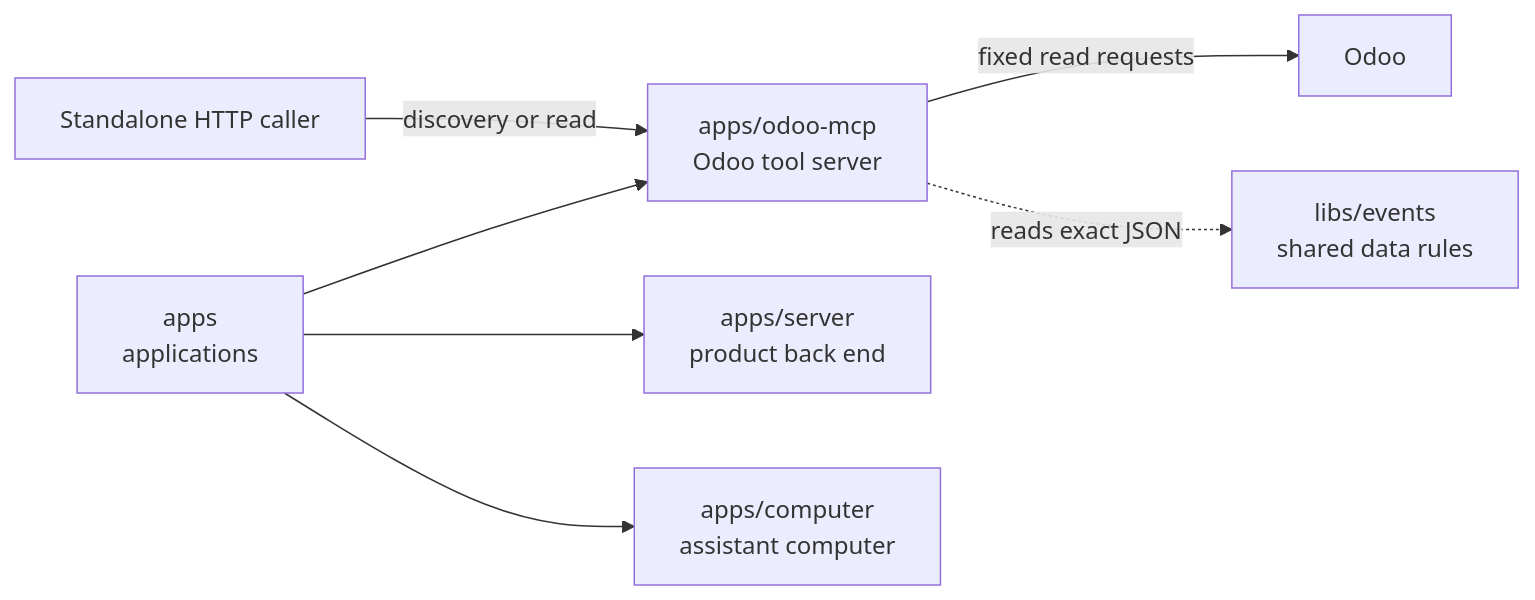
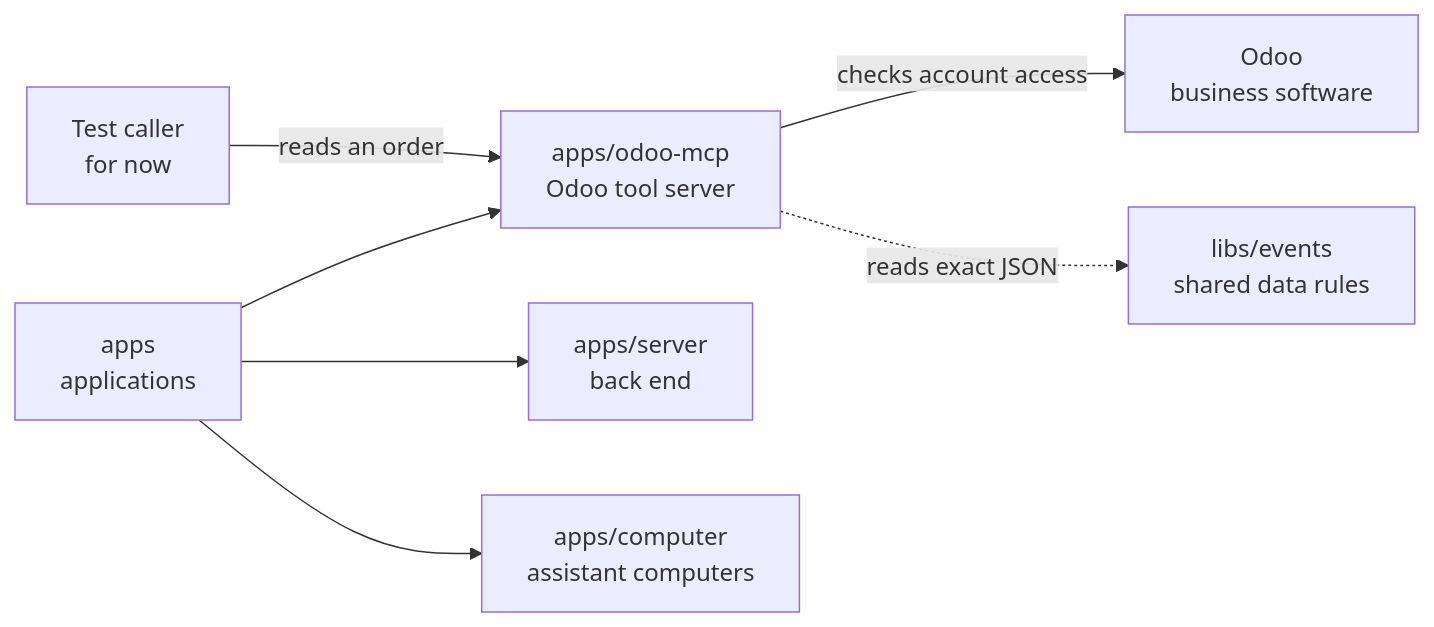
One commit to elewa-git/opencrane-new changed the diagram in apps/odoo-mcp/README.md. Above: the diagram before and after it, drawn with Mermaid. The commit also changed other lines of this file and 16 other files, not shown here.

````diff
--- a/apps/odoo-mcp/README.md
+++ b/apps/odoo-mcp/README.md
@@ -17,9 +17,9 @@
 ```mermaid
 flowchart LR
   apps["apps<br/>applications"] --> adapter["apps/odoo-mcp<br/>Odoo tool server"]
-  apps --> server["apps/server<br/>product back end"]
-  apps --> computer["apps/computer<br/>assistant computer"]
-  caller["Standalone HTTP caller"] -->|discovery or read| adapter
-  adapter -->|fixed read requests| odoo["Odoo"]
+  apps --> server["apps/server<br/>back end"]
+  apps --> computer["apps/computer<br/>assistant computers"]
+  caller["Test caller<br/>for now"] -->|reads an order| adapter
+  adapter -->|checks account access| odoo["Odoo<br/>business software"]
   adapter -.->|reads exact JSON| events["libs/events<br/>shared data rules"]
 ```
````
